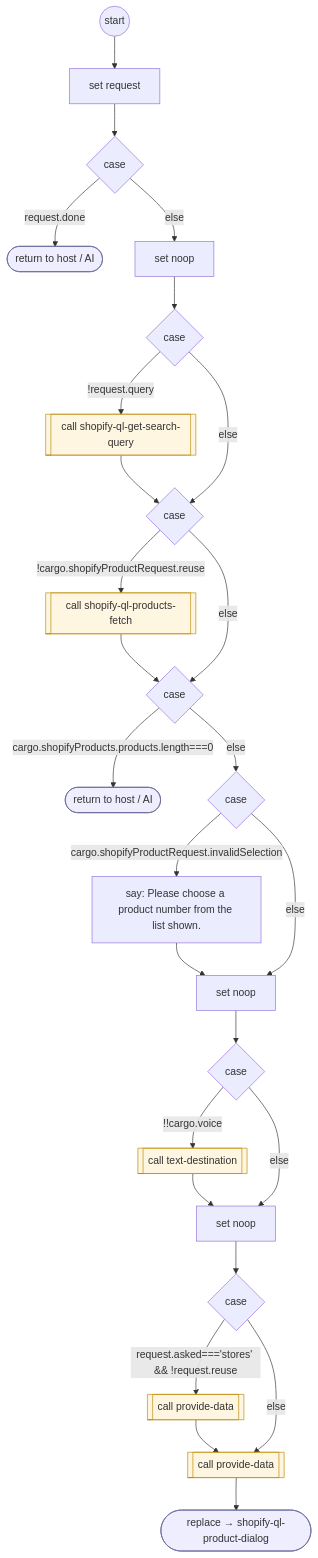
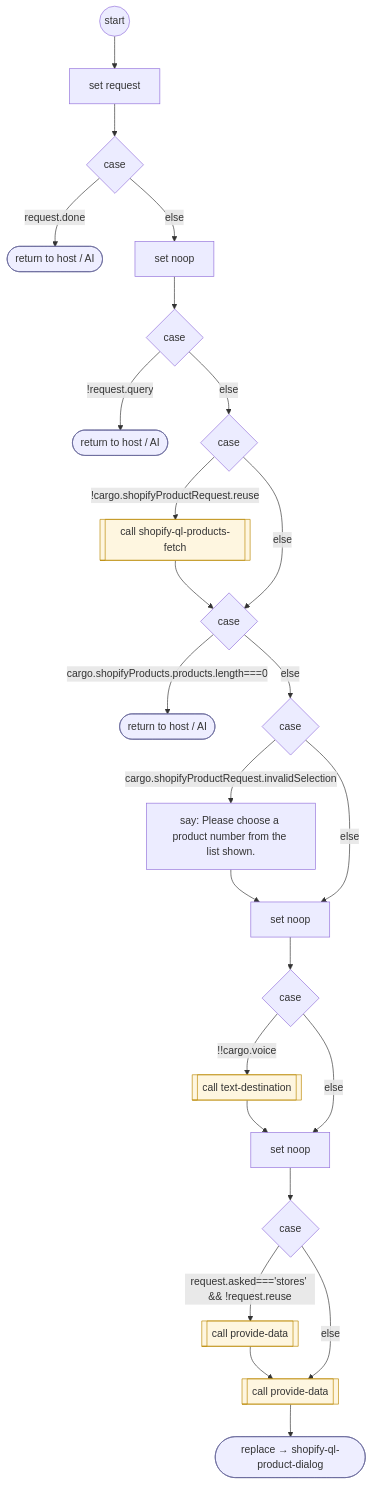
Before and after one commit to ronpinkas/jsfe: the diagram in docs/flows/shopify/shopify-ql-product-search.md, drawn with Mermaid. The commit also changed other lines of this file and 3 other files, not shown here.

Commit message:
jsfe flows: reference copy of the prod shared sets from AIDevelopment 22f0992

````diff
--- a/docs/flows/shopify/shopify-ql-product-search.md
+++ b/docs/flows/shopify/shopify-ql-product-search.md
@@ -21,61 +21,60 @@
 ```mermaid
 flowchart TD
    START(("start"))
    n0["set request"]
    START --> n0
    c1{"case"}
    n0 --> c1
    b2(["return to host / AI"])
    class b2 endstep
    c1 -- "request.done" --> b2
    n3["set noop"]
    c1 -- "else" --> n3
    c4{"case"}
    n3 --> c4
-   b5[["call shopify-ql-get-search-query"]]
-   class b5 flowstep
+   b5(["return to host / AI"])
+   class b5 endstep
    c4 -- "!request.query" --> b5
    c6{"case"}
-   b5 --> c6
    c4 -- "else" --> c6
    b7[["call shopify-ql-products-fetch"]]
    class b7 flowstep
    c6 -- "!cargo.shopifyProductRequest.reuse" --> b7
    c8{"case"}
    b7 --> c8
    c6 -- "else" --> c8
    b9(["return to host / AI"])
    class b9 endstep
    c8 -- "cargo.shopifyProducts.products.length===0" --> b9
    c10{"case"}
    c8 -- "else" --> c10
    b11["say: Please choose a product number from the list shown."]
    c10 -- "cargo.shopifyProductRequest.invalidSelection" --> b11
    n12["set noop"]
    b11 --> n12
    c10 -- "else" --> n12
    c13{"case"}
    n12 --> c13
    b14[["call text-destination"]]
    class b14 flowstep
    c13 -- "!!cargo.voice" --> b14
    n15["set noop"]
    b14 --> n15
    c13 -- "else" --> n15
    c16{"case"}
    n15 --> c16
    b17[["call provide-data"]]
    class b17 flowstep
    c16 -- "request.asked==='stores' && !request.reuse" --> b17
    n18[["call provide-data"]]
    class n18 flowstep
    b17 --> n18
    c16 -- "else" --> n18
    n19(["replace → shopify-ql-product-dialog"])
    class n19 endstep
    n18 --> n19
    classDef endstep fill:#eef,stroke:#669
    classDef toolstep fill:#efe,stroke:#696
    classDef flowstep fill:#fef6e0,stroke:#b80
    classDef inputstep fill:#f3eefc,stroke:#75a
 ```
````
